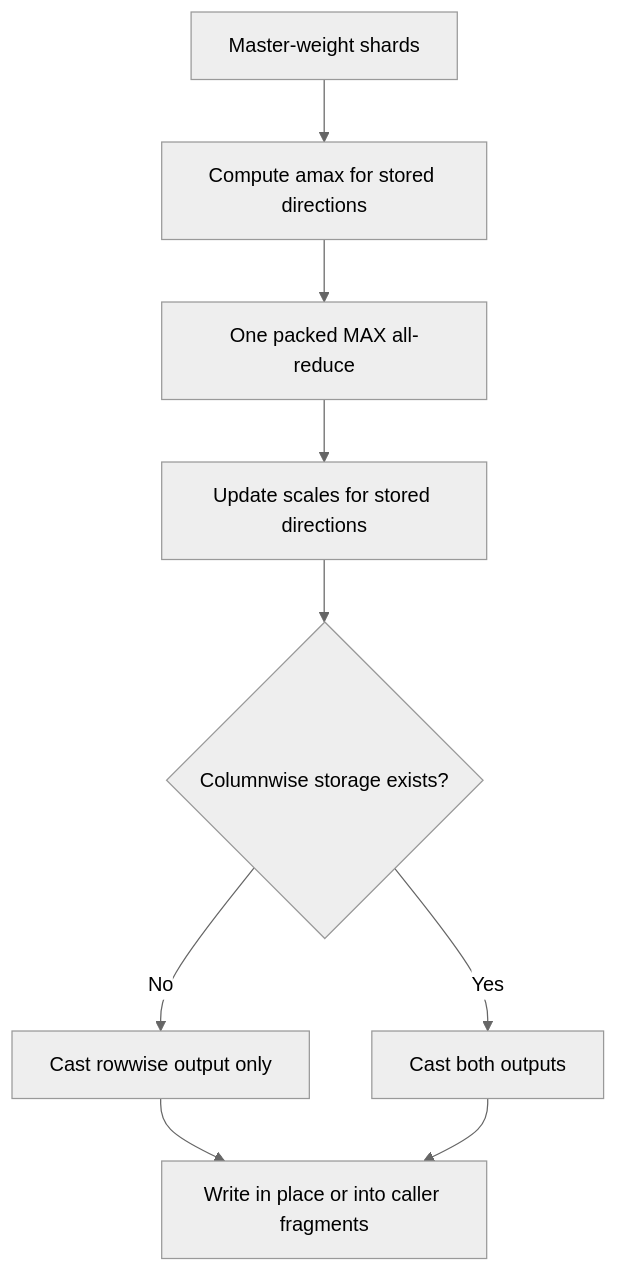
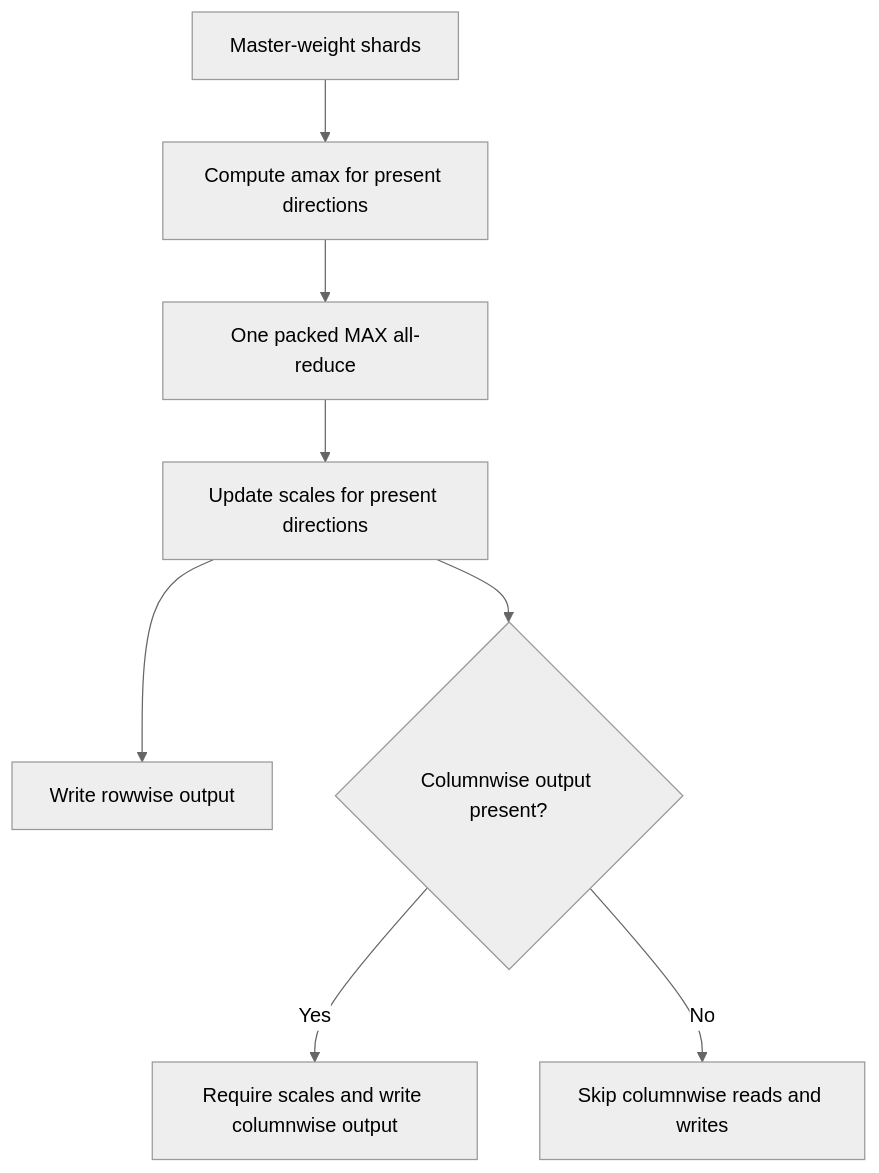
The diagram in knowledge/projects/transformer-engine/knowledgebase/upstream/prs/NVIDIA--TransformerEngine/PR-3488.md (yuguo-Jack/HCU-TrainFlow), drawn with Mermaid before and after one commit. The commit also changed other lines of this file and 42044 other files, not shown here.

````diff
--- a/knowledge/projects/transformer-engine/knowledgebase/upstream/prs/NVIDIA--TransformerEngine/PR-3488.md
+++ b/knowledge/projects/transformer-engine/knowledgebase/upstream/prs/NVIDIA--TransformerEngine/PR-3488.md
@@ -152,12 +157,11 @@
 ```mermaid
 %%{init: {'theme': 'neutral'}}%%
 flowchart TD
-    A[Master-weight shards] --> B[Compute amax for stored directions]
+    A[Master-weight shards] --> B[Compute amax for present directions]
     B --> C[One packed MAX all-reduce]
-    C --> D[Update scales for stored directions]
-    D --> E{Columnwise storage exists?}
-    E -->|No| F[Cast rowwise output only]
-    E -->|Yes| G[Cast both outputs]
-    F --> H[Write in place or into caller fragments]
-    G --> H
+    C --> D[Update scales for present directions]
+    D --> E[Write rowwise output]
+    D --> F{Columnwise output present?}
+    F -->|Yes| G[Require scales and write columnwise output]
+    F -->|No| H[Skip columnwise reads and writes]
 ```
````
